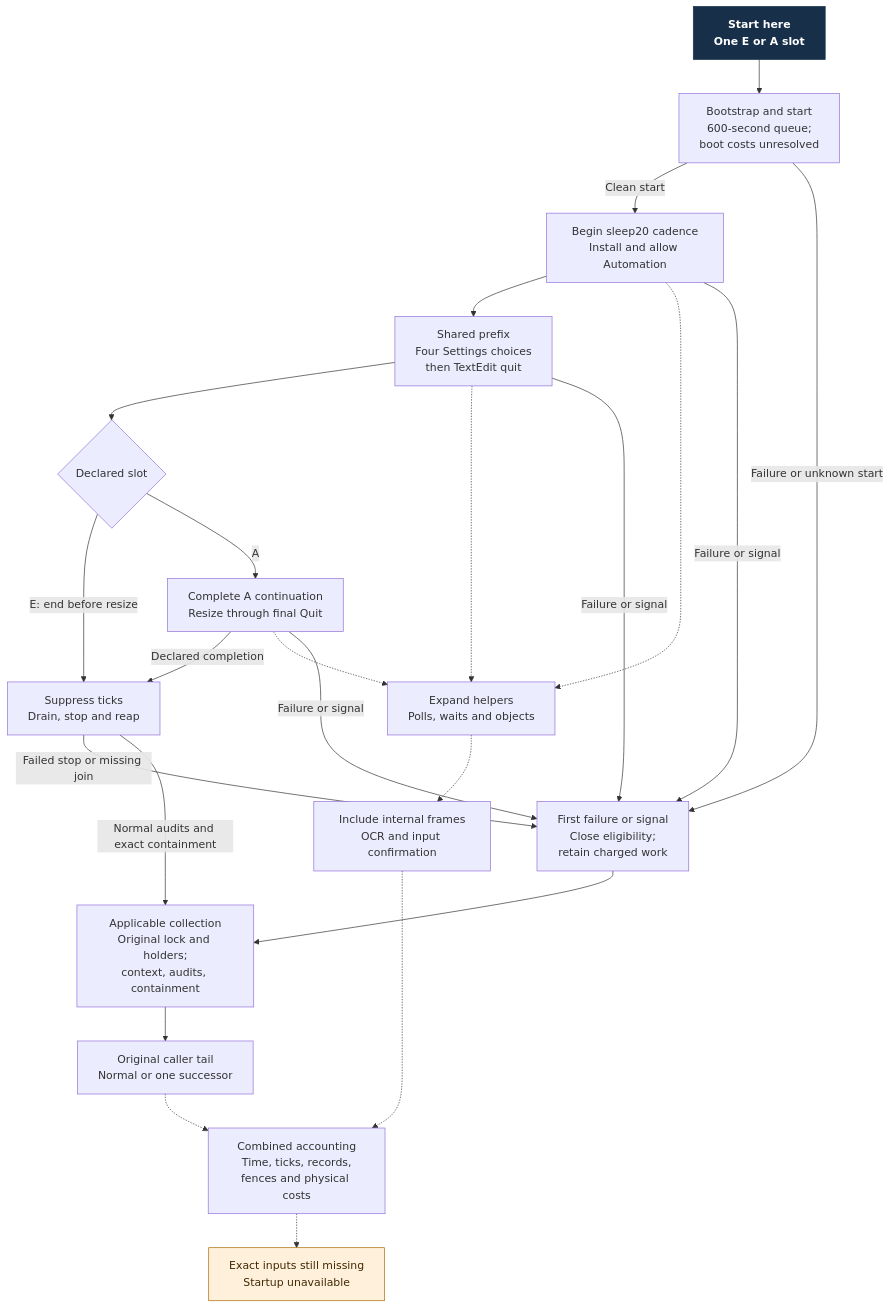
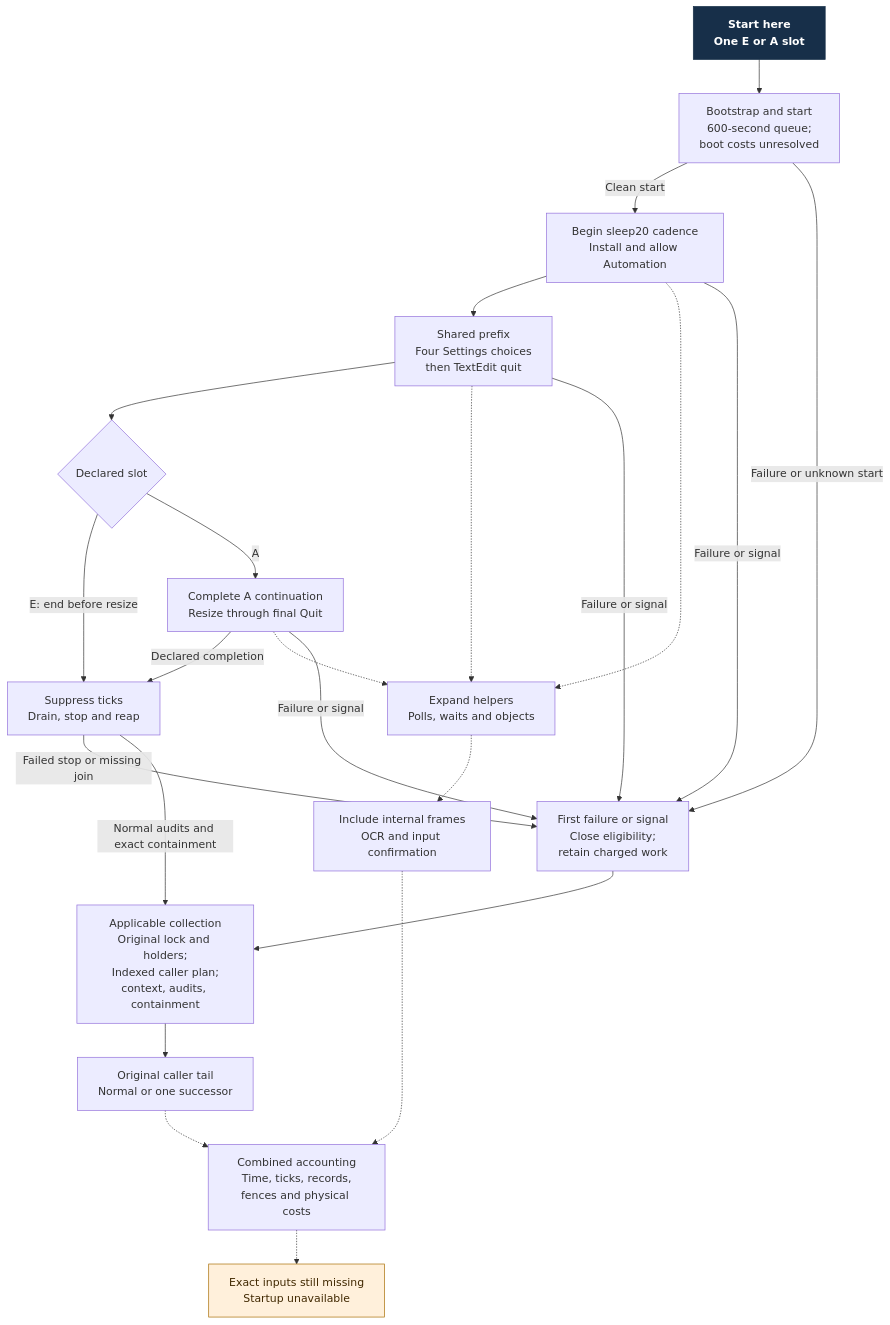
The diagram in docs/design/architecture/settings-activation/keepalive-workload.mmd (Linkuistics/Koine), drawn with Mermaid before and after one commit. The commit also changed 15 other files, not shown here.

Commit message:
settings-keepalive-caller-workload-k137: specify finite caller and collection work

```diff
--- a/docs/design/architecture/settings-activation/keepalive-workload.mmd
+++ b/docs/design/architecture/settings-activation/keepalive-workload.mmd
@@ -1,39 +1,39 @@
 flowchart TD
   start["Start here<br/>One E or A slot"]:::start
   boot["Bootstrap and start<br/>600-second queue;<br/>boot costs unresolved"]
   prep["Begin sleep20 cadence<br/>Install and allow Automation"]
   prefix["Shared prefix<br/>Four Settings choices<br/>then TextEdit quit"]
   kind{"Declared slot"}
   ordinary["Complete A continuation<br/>Resize through final Quit"]
   expand["Expand helpers<br/>Polls, waits and objects"]
   internal["Include internal frames<br/>OCR and input confirmation"]
   stop["Suppress ticks<br/>Drain, stop and reap"]
   failure["First failure or signal<br/>Close eligibility;<br/>retain charged work"]
-  collect["Applicable collection<br/>Original lock and holders;<br/>context, audits, containment"]
+  collect["Applicable collection<br/>Original lock and holders;<br/>Indexed caller plan;<br/>context, audits, containment"]
   tail["Original caller tail<br/>Normal or one successor"]
   proof["Combined accounting<br/>Time, ticks, records,<br/>fences and physical costs"]
   missing["Exact inputs still missing<br/>Startup unavailable"]:::held
   start --> boot
   boot -->|"Clean start"| prep
   prep --> prefix
   prefix --> kind
   kind -->|"E: end before resize"| stop
   kind -->|"A"| ordinary
   ordinary -->|"Declared completion"| stop
   prep -.-> expand
   prefix -.-> expand
   ordinary -.-> expand
   expand -.-> internal
   internal -.-> proof
   boot -->|"Failure or unknown start"| failure
   prep -->|"Failure or signal"| failure
   prefix -->|"Failure or signal"| failure
   ordinary -->|"Failure or signal"| failure
   stop -->|"Failed stop or missing join"| failure
   failure --> collect
   stop -->|"Normal audits and exact containment"| collect
   collect --> tail
   tail -.-> proof
   proof -.-> missing
   classDef start fill:#172f49,color:#fff,stroke:#172f49,font-weight:bold
   classDef held fill:#fff0db,color:#402800,stroke:#a76b00
```
